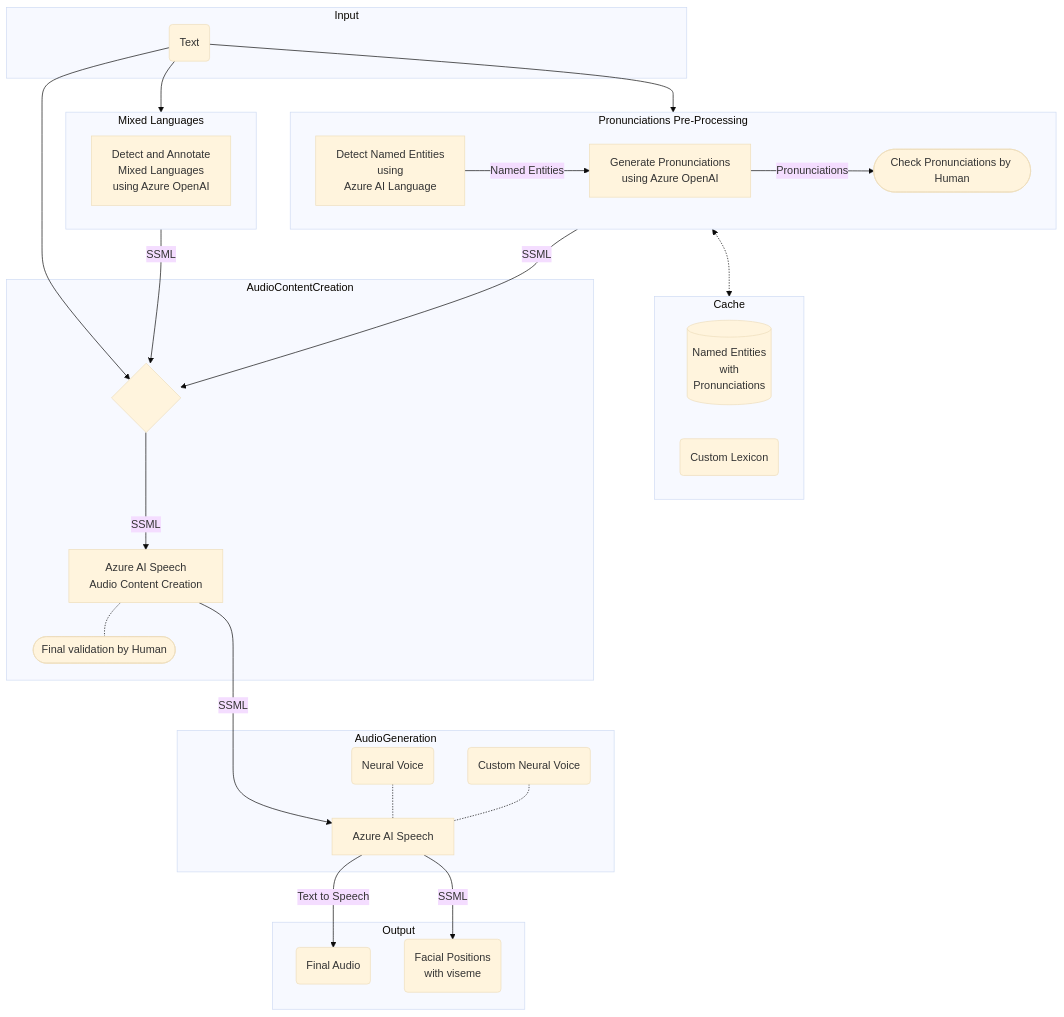
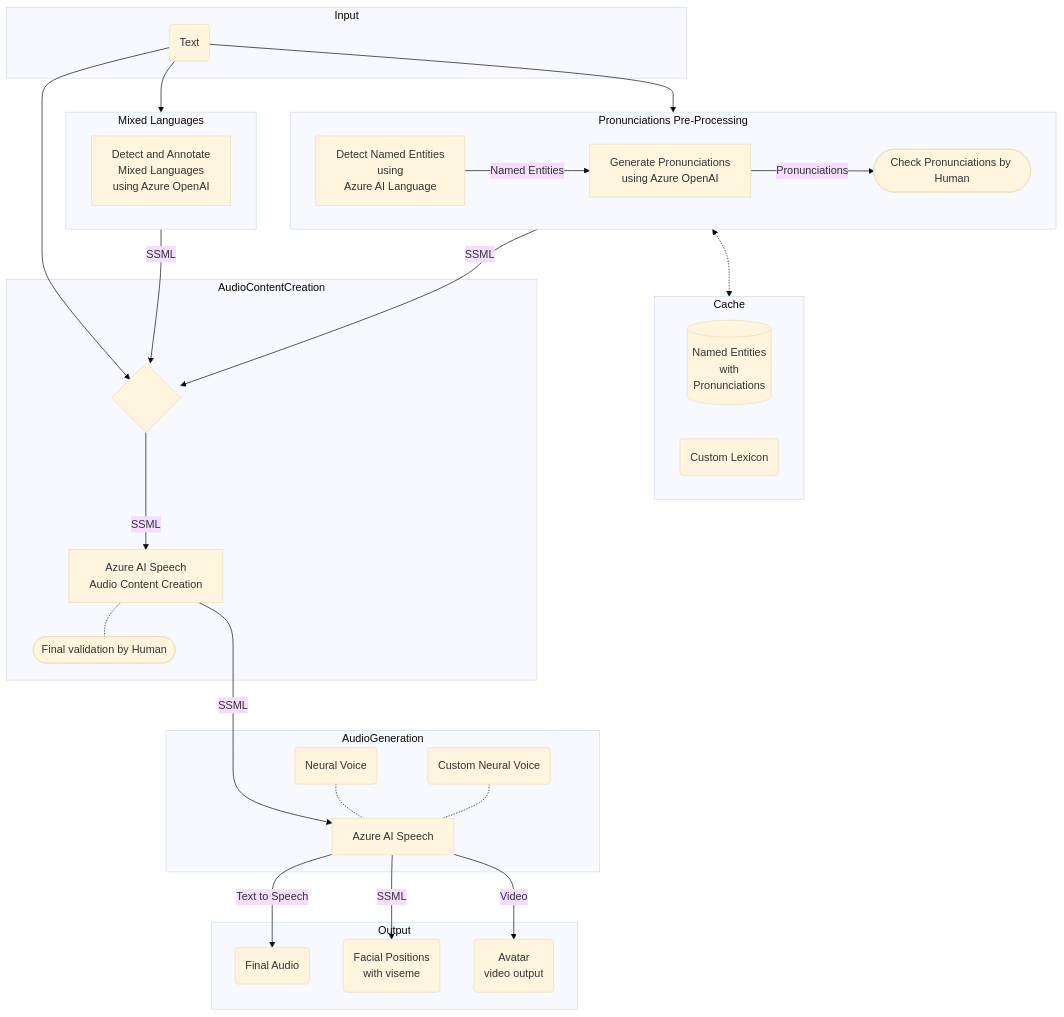
The diagram in _posts/2024-02-05-azure-ai-speech-tts-improving-pronunciations-with-ai.md (nathan-gs/nathan-gs.github.com), drawn with Mermaid (base theme) before and after one commit.

````diff
--- a/_posts/2024-02-05-azure-ai-speech-tts-improving-pronunciations-with-ai.md
+++ b/_posts/2024-02-05-azure-ai-speech-tts-improving-pronunciations-with-ai.md
@@ -25,51 +25,52 @@
 ```mermaid
 graph TD
 
     subgraph Input
         txtFile(Text)
     end
 
     txtFile -->Pronunciation
     txtFile -->MixedLanguage
 
     Pronunciation <-.-> Cache
 
     subgraph Cache
         Database[(Named Entities <br> with <br> Pronunciations)]
         Lexicon(Custom Lexicon)
     end
 
     subgraph Pronunciation[Pronunciations Pre-Processing]
         AzureAILanguage[Detect Named Entities<br>using<br> Azure AI Language]
         AzureAILanguage -->|Named Entities| AzureOpenAIP[Generate Pronunciations<br>using Azure OpenAI]
         
         AzureOpenAIP -->|Pronunciations| HumanProunounciationCheck([Check Pronunciations by Human])
     end
 
     subgraph MixedLanguage[Mixed Languages]
         AzureOpenAI[Detect and Annotate<br> Mixed Languages<br>using Azure OpenAI]
     end
 
     txtFile --> ssmlCombiner
     
     MixedLanguage -->|SSML| ssmlCombiner
     Pronunciation -->|SSML| ssmlCombiner
 
 
     subgraph AudioContentCreation   
         ssmlCombiner{ <br><br><br> } -->|SSML| AudioContentCreator[Azure AI Speech<br> Audio Content Creation] 
         AudioContentCreator -.- HumanFinalValidation([Final validation by Human])
     end
 
     subgraph AudioGeneration
         AudioContentCreator ---->|SSML| AzureAISpeech[Azure AI Speech]        
         NeuralVoice(Neural Voice) -.- AzureAISpeech
         CustomNeuralVoice(Custom Neural Voice) -.- AzureAISpeech
     end
 
     subgraph Outp[Output]
         AzureAISpeech -->|Text to Speech| FinalAudio(Final Audio)
         AzureAISpeech -->|SSML| Viseme(Facial Positions<br> with viseme)
+        AzureAISpeech -->|Video| Avatar(Avatar<br> video output)
     end
 
 ```
````
